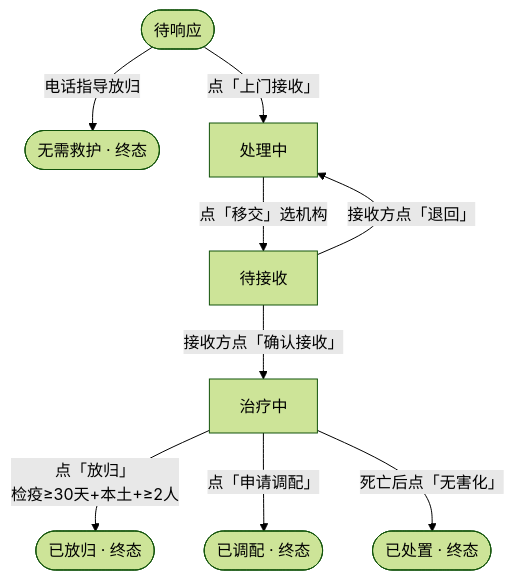
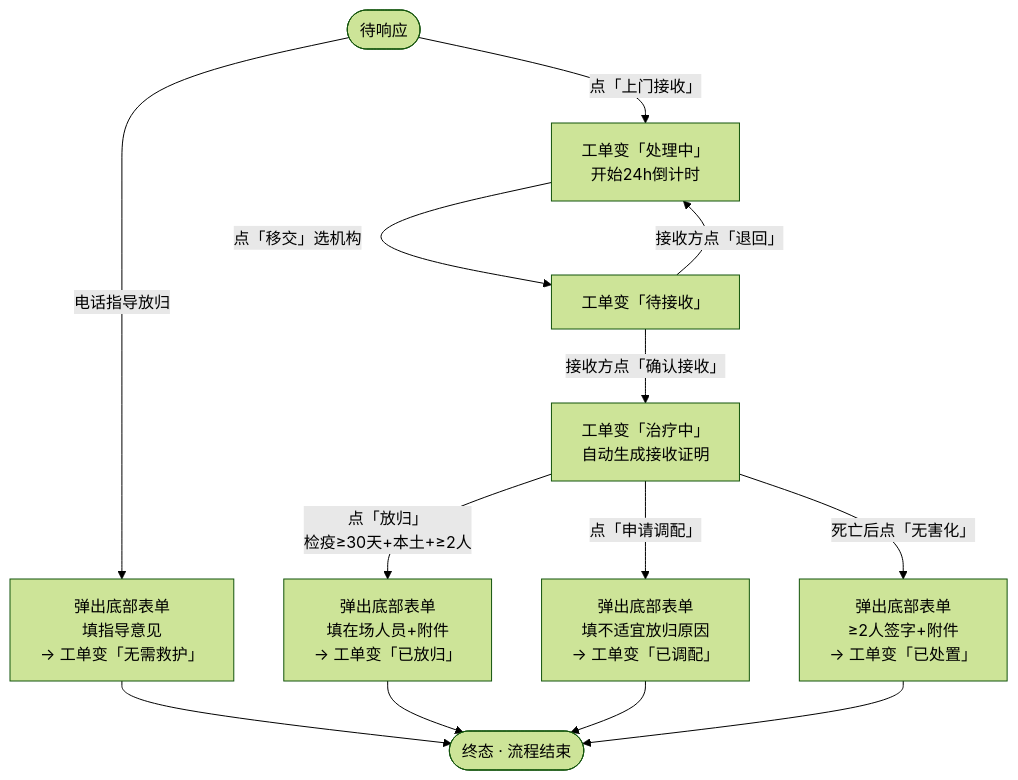
Before and after one commit to RonaQyr810/portfolio: the diagram in projects/wildlife-rescue/wireframes/diagrams/8-2-state-flow.mmd, drawn with Mermaid (forest theme). The commit also changed 3 other files, not shown here.

First line of the commit message:
Restyle section 8.2 state flow to match section 5.1 flowcharts.

```diff
--- a/projects/wildlife-rescue/wireframes/diagrams/8-2-state-flow.mmd
+++ b/projects/wildlife-rescue/wireframes/diagrams/8-2-state-flow.mmd
@@ -1,10 +1,19 @@
 flowchart TD
-    S0([待响应])
-    S0 -->|电话指导放归| T1([无需救护 · 终态])
-    S0 -->|点「上门接收」| S1[处理中]
-    S1 -->|点「移交」选机构| S2[待接收]
-    S2 -->|接收方点「确认接收」| S3[治疗中]
-    S2 -->|接收方点「退回」| S1
-    S3 -->|点「放归」<br/>检疫≥30天+本土+≥2人| T2([已放归 · 终态])
-    S3 -->|点「申请调配」| T3([已调配 · 终态])
-    S3 -->|死亡后点「无害化」| T4([已处置 · 终态])
+    A([待响应])
+
+    A -->|"电话指导放归"| B[弹出底部表单<br/>填指导意见<br/>→ 工单变「无需救护」]
+    A -->|"点「上门接收」"| C[工单变「处理中」<br/>开始24h倒计时]
+
+    C -->|"点「移交」选机构"| D[工单变「待接收」]
+
+    D -->|"接收方点「确认接收」"| E[工单变「治疗中」<br/>自动生成接收证明]
+    D -->|"接收方点「退回」"| C
+
+    E -->|"点「放归」<br/>检疫≥30天+本土+≥2人"| F[弹出底部表单<br/>填在场人员+附件<br/>→ 工单变「已放归」]
+    E -->|"点「申请调配」"| G[弹出底部表单<br/>填不适宜放归原因<br/>→ 工单变「已调配」]
+    E -->|"死亡后点「无害化」"| H[弹出底部表单<br/>≥2人签字+附件<br/>→ 工单变「已处置」]
+
+    B --> K([终态 · 流程结束])
+    F --> K
+    G --> K
+    H --> K
```
